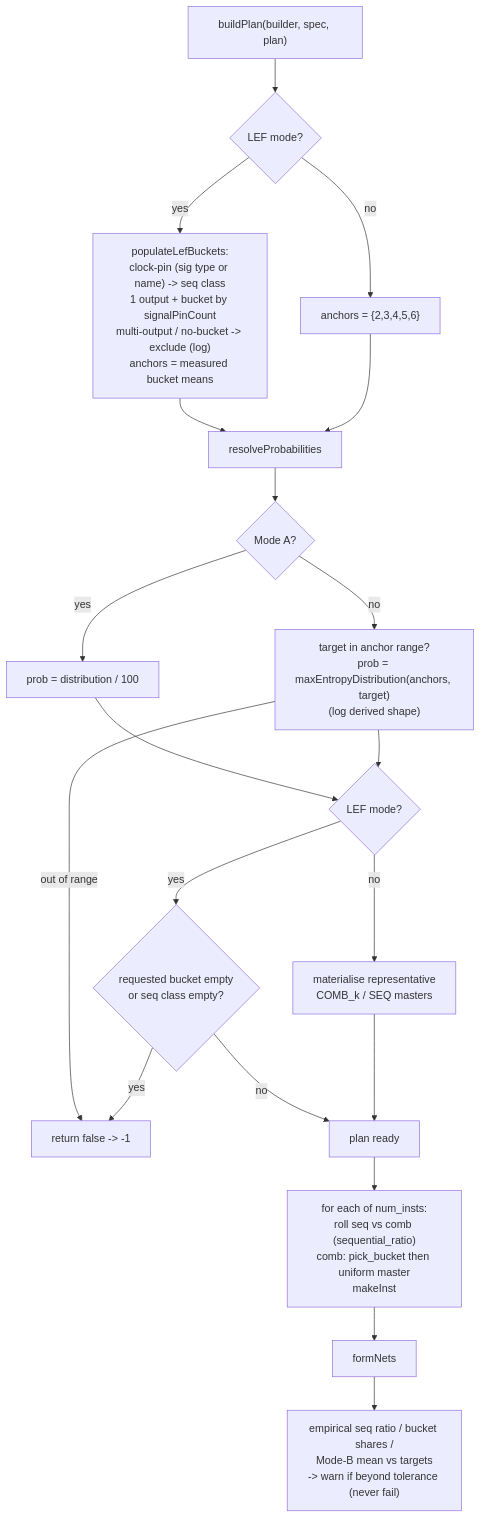
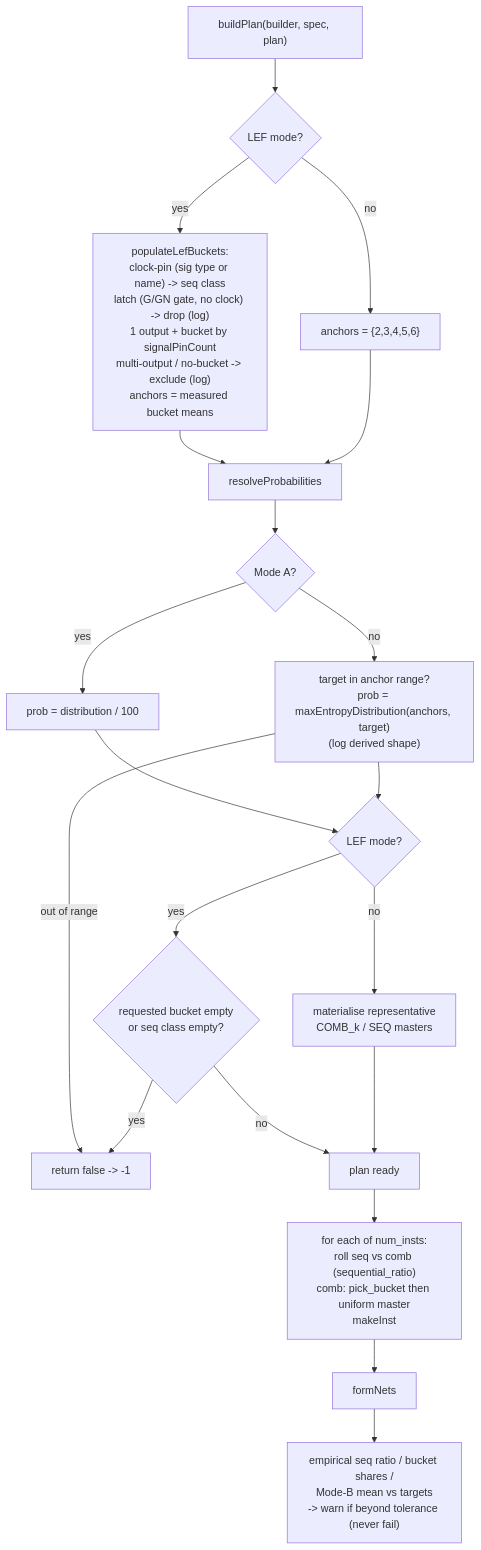
One commit to rfive88/eda-lab changed the fifth of 11 diagrams in src/engines/netlistgen/FLOW.md. Above: the diagram before and after it, drawn with Mermaid. The commit also changed other lines of this file and 4 other files, not shown here.

First line of the commit message:
netlistgen: drop level-sensitive latches entirely in LEF mode

````diff
--- a/src/engines/netlistgen/FLOW.md
+++ b/src/engines/netlistgen/FLOW.md
@@ -146,23 +149,23 @@
 ```mermaid
 graph TD
   bp["buildPlan(builder, spec, plan)"] --> lm{"LEF mode?"}
-  lm -->|yes| pop["populateLefBuckets:<br/>clock-pin (sig type or name) -> seq class<br/>1 output + bucket by signalPinCount<br/>multi-output / no-bucket -> exclude (log)<br/>anchors = measured bucket means"]
+  lm -->|yes| pop["populateLefBuckets:<br/>clock-pin (sig type or name) -> seq class<br/>latch (G/GN gate, no clock) -> drop (log)<br/>1 output + bucket by signalPinCount<br/>multi-output / no-bucket -> exclude (log)<br/>anchors = measured bucket means"]
   lm -->|no| anc["anchors = {2,3,4,5,6}"]
   pop --> rp
   anc --> rp["resolveProbabilities"]
   rp --> modeA{"Mode A?"}
   modeA -->|yes| dist["prob = distribution / 100"]
   modeA -->|no| maxe["target in anchor range?<br/>prob = maxEntropyDistribution(anchors, target)<br/>(log derived shape)"]
   maxe -->|out of range| r2["return false -> -1"]
   dist --> chk
   maxe --> chk{"LEF mode?"}
   chk -->|yes| empty{"requested bucket empty<br/>or seq class empty?"}
   empty -->|yes| r2
   empty -->|no| okplan
   chk -->|no| reps["materialise representative<br/>COMB_k / SEQ masters"]
   reps --> okplan[plan ready]
 
   okplan --> gen["for each of num_insts:<br/>roll seq vs comb (sequential_ratio)<br/>comb: pick_bucket then uniform master<br/>makeInst"]
   gen --> fn2["formNets"]
   fn2 --> tol["empirical seq ratio / bucket shares /<br/>Mode-B mean vs targets<br/>-> warn if beyond tolerance (never fail)"]
 ```
````
